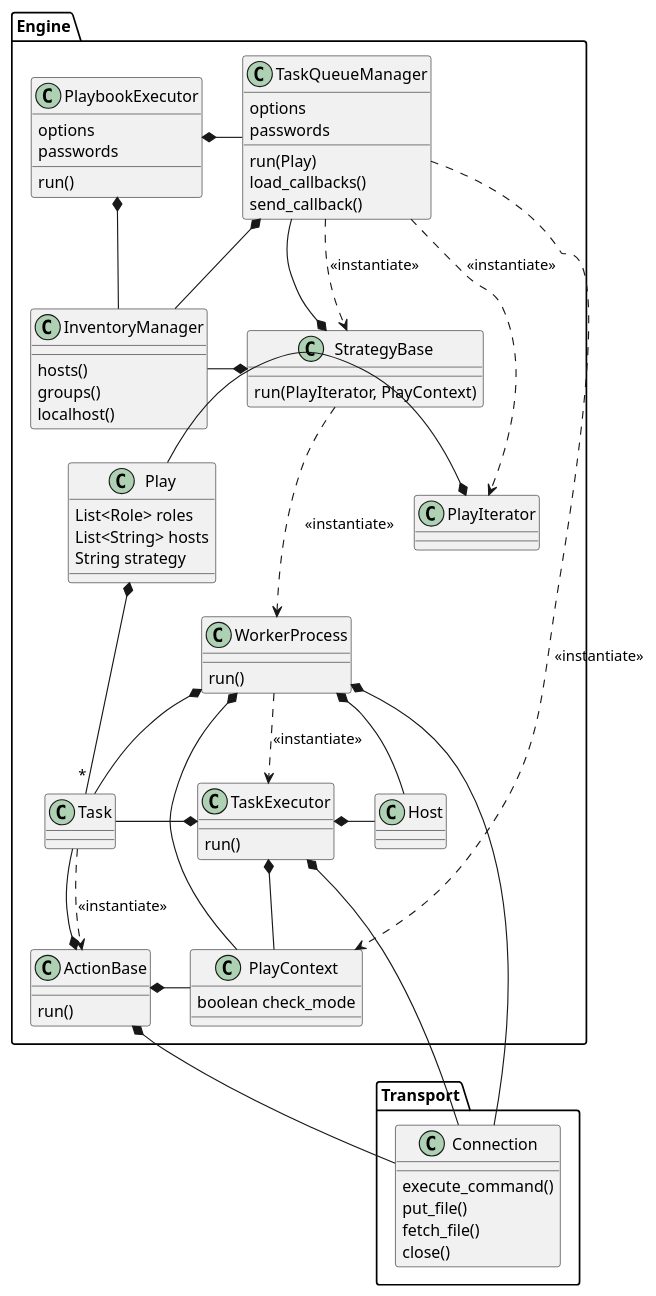
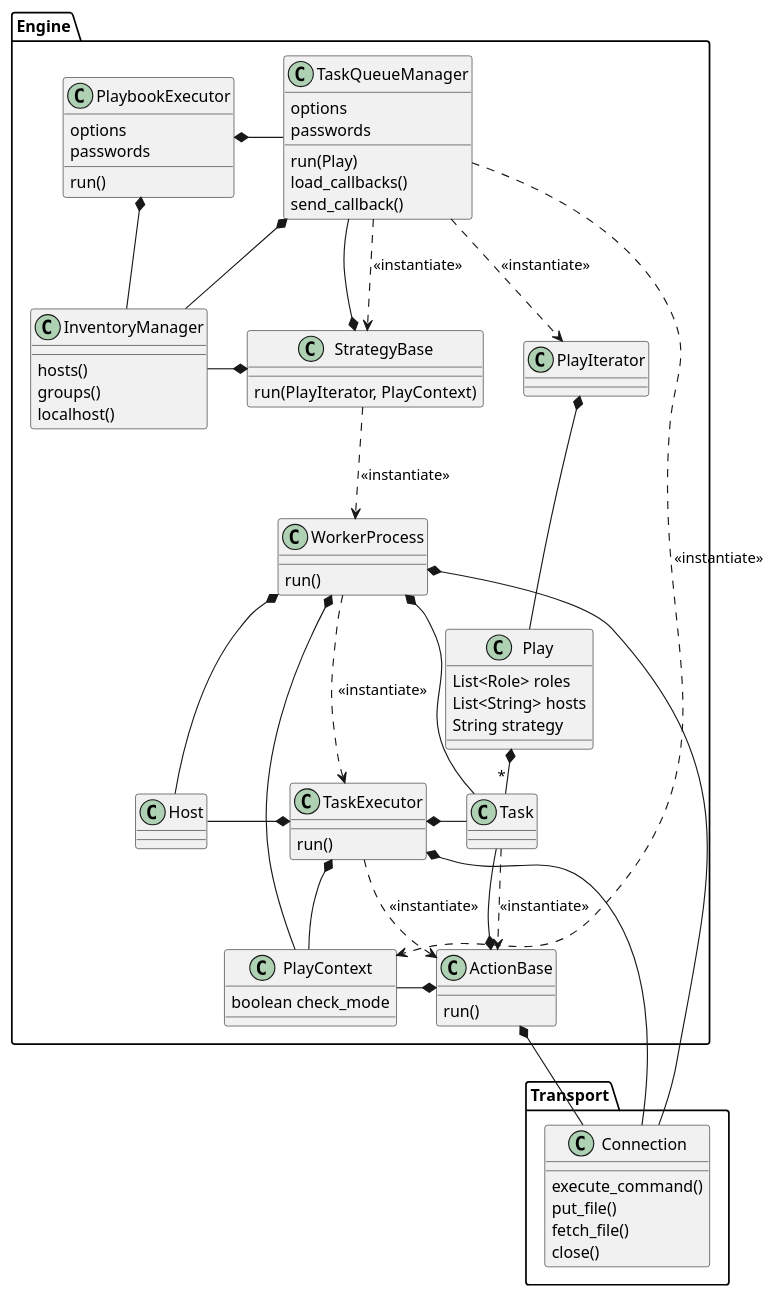
One commit to ezequiels/nazz changed the diagram in project/uml/engine.puml. Above: the diagram before and after it, drawn with PlantUML.

Commit message:
Additional diagrams

```diff
--- a/project/uml/engine.puml
+++ b/project/uml/engine.puml
@@ -1,87 +1,88 @@
 @startuml
 
 package Transport {
     class Connection
     Connection : execute_command()
     Connection : put_file()
     Connection : fetch_file()
     Connection : close()
 }
 
 Package Engine {
     class PlaybookExecutor
     PlaybookExecutor *- InventoryManager
     PlaybookExecutor : options
     PlaybookExecutor : passwords
     PlaybookExecutor : run()
     PlaybookExecutor *- TaskQueueManager
 
     class StrategyBase
     StrategyBase : run(PlayIterator, PlayContext)
     StrategyBase ..> WorkerProcess : <<instantiate>>
     StrategyBase *- InventoryManager
     StrategyBase *-- TaskQueueManager
 
     class InventoryManager
     InventoryManager : hosts()
     InventoryManager : groups()
     InventoryManager : localhost()
 
     class TaskQueueManager
     TaskQueueManager : options
     TaskQueueManager : passwords
     TaskQueueManager : run(Play)
     TaskQueueManager : load_callbacks()
     TaskQueueManager : send_callback()
     TaskQueueManager ..> StrategyBase : <<instantiate>>
     TaskQueueManager ..> PlayIterator : <<instantiate>>
     TaskQueueManager ..> PlayContext : <<instantiate>>
     TaskQueueManager *-- InventoryManager
 
     class Host
 
     class Play
     Play : List<Role> roles
     Play : List<String> hosts
     Play *- "*" Task
     Play : String strategy
 
     class PlayContext
     PlayContext : boolean check_mode
 
     class Task
     Task ..> ActionBase : <<instantiate>>
 
     class ActionBase
     ActionBase *-- Task
     ActionBase *- PlayContext
     ActionBase *- Connection
     ActionBase : run()
 
 
     class TaskExecutor
     TaskExecutor : run()
     TaskExecutor *- Host
     TaskExecutor *- Task
     TaskExecutor *-- PlayContext
     TaskExecutor *--- Connection
+    TaskExecutor ..> ActionBase : <<instantiate>>
 '    TaskExecutor *-- "*" TaskResult
 
     class PlayIterator
-    PlayIterator *- Play
+    PlayIterator *-- Play
 
     class WorkerProcess
     WorkerProcess : run()
     WorkerProcess *- Host
     WorkerProcess *-- Task
     WorkerProcess *-- PlayContext
     WorkerProcess *-- Connection
 '    WorkerProcess *-- "*" TaskResult
     WorkerProcess ..> TaskExecutor : <<instantiate>>
 
 '    class TaskResult
 '    TaskResult *- Host
 '    TaskResult *- Task
 }
 
 @enduml
```
